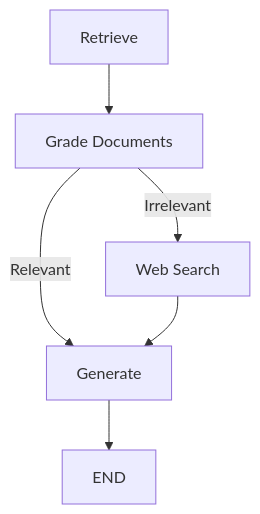
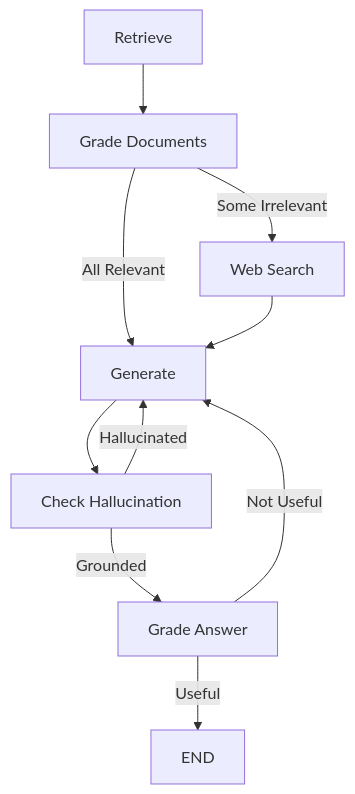
One commit to RAHULREDDYYSR/SELF-RAG changed the diagram in README.md. Above: the diagram before and after it, drawn with Mermaid. The commit also changed other lines of this file and 4 other files, not shown here.

````diff
--- a/README.md
+++ b/README.md
@@ -44,8 +49,12 @@
 ```mermaid
 flowchart TD
     A[Retrieve] --> B[Grade Documents]
-    B -->|Relevant| D[Generate]
-    B -->|Irrelevant| C[Web Search]
+    B -->|All Relevant| D[Generate]
+    B -->|Some Irrelevant| C[Web Search]
     C --> D
-    D --> E[END]
+    D --> E[Check Hallucination]
+    E -->|Grounded| F[Grade Answer]
+    E -->|Hallucinated| D
+    F -->|Useful| G[END]
+    F -->|Not Useful| D
 ```
````
